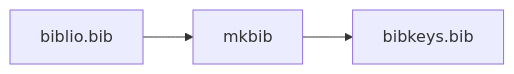
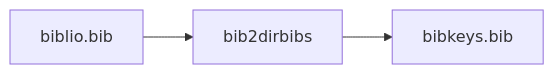
One commit to chris2fr/linto changed the third of 6 diagrams in linto-guide/biblio.md. Above: the diagram before and after it, drawn with Mermaid. The commit also changed other lines of this file and 20 other files, not shown here.

Commit message:
Rename biblio commands and add bibyml2bib

````diff
--- a/linto-guide/biblio.md
+++ b/linto-guide/biblio.md
@@ -50,4 +72,4 @@
 ```mermaid
 flowchart LR
-biblio.bib --> mkbib --> bibkeys.bib
+biblio.bib --> bib2dirbibs --> bibkeys.bib
 ```
````
